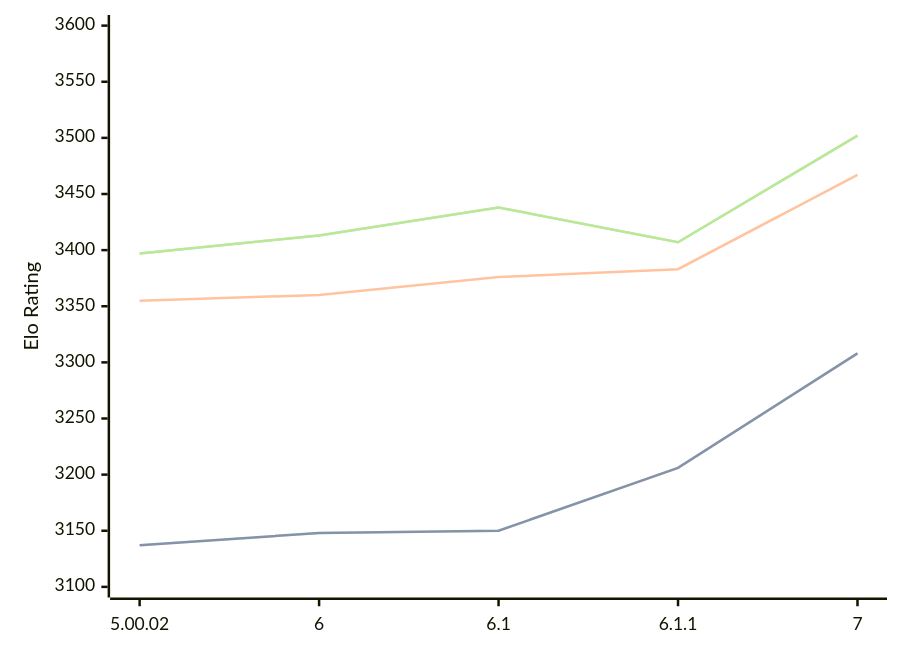
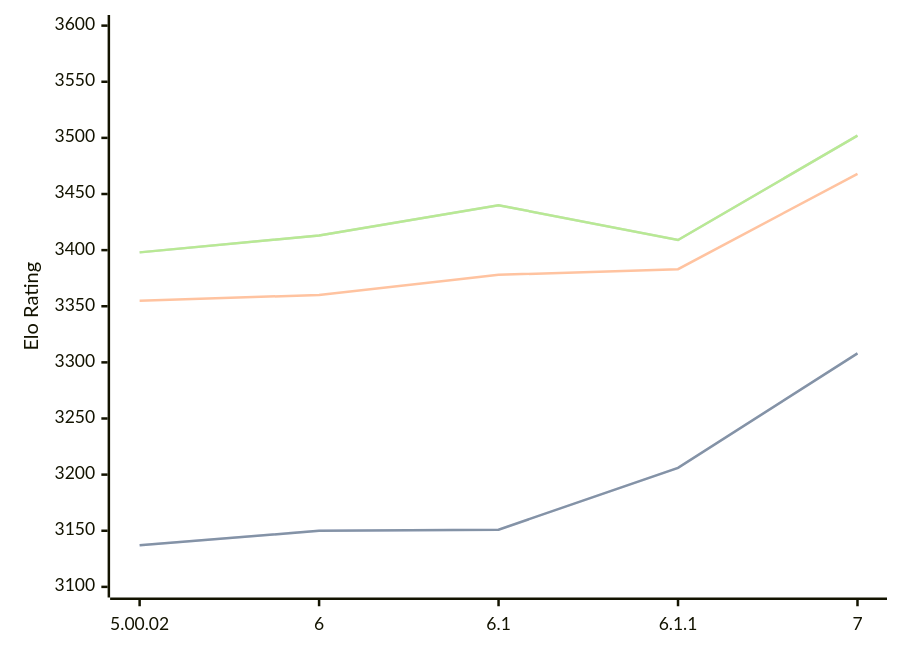
One commit to computer-chess-index/cci changed the diagram in engines/Zangdar.md. Above: the diagram before and after it, drawn with Mermaid. The commit also changed other lines of this file, not shown here.

Commit message:
Update CCI Ratings (ELO VLTC) - 2026-09-16

````diff
--- a/engines/Zangdar.md
+++ b/engines/Zangdar.md
@@ -35,11 +35,11 @@
 ```mermaid
 %%{init: {"theme":"base","themeVariables":{"seriesColors:['#a3a3a3','#222221','#faa371']}}}%%
 xychart-beta
   x-axis ["5.00.02", "6", "6.1", "6.1.1", "7"]
   y-axis "Elo Rating" 3100 --> 3600
-  line "" [3137, 3148, 3150, 3206, 3308]
-  line "STC (8.0+0.08s)" [3137, 3148, 3150, 3206, 3308]
-  line "LTC (60.0+0.60s)" [3355, 3360, 3376, 3383, 3467]
-  line "" [3397, 3413, 3438, 3407, 3502]
-  line "VLTC (2m24s+1.12s)" [3397, 3413, 3438, 3407, 3502]
+  line "" [3137, 3150, 3151, 3206, 3308]
+  line "STC (8.0+0.08s)" [3137, 3150, 3151, 3206, 3308]
+  line "LTC (60.0+0.60s)" [3355, 3360, 3378, 3383, 3468]
+  line "" [3398, 3413, 3440, 3409, 3502]
+  line "VLTC (2m24s+1.12s)" [3398, 3413, 3440, 3409, 3502]
 ```
````
